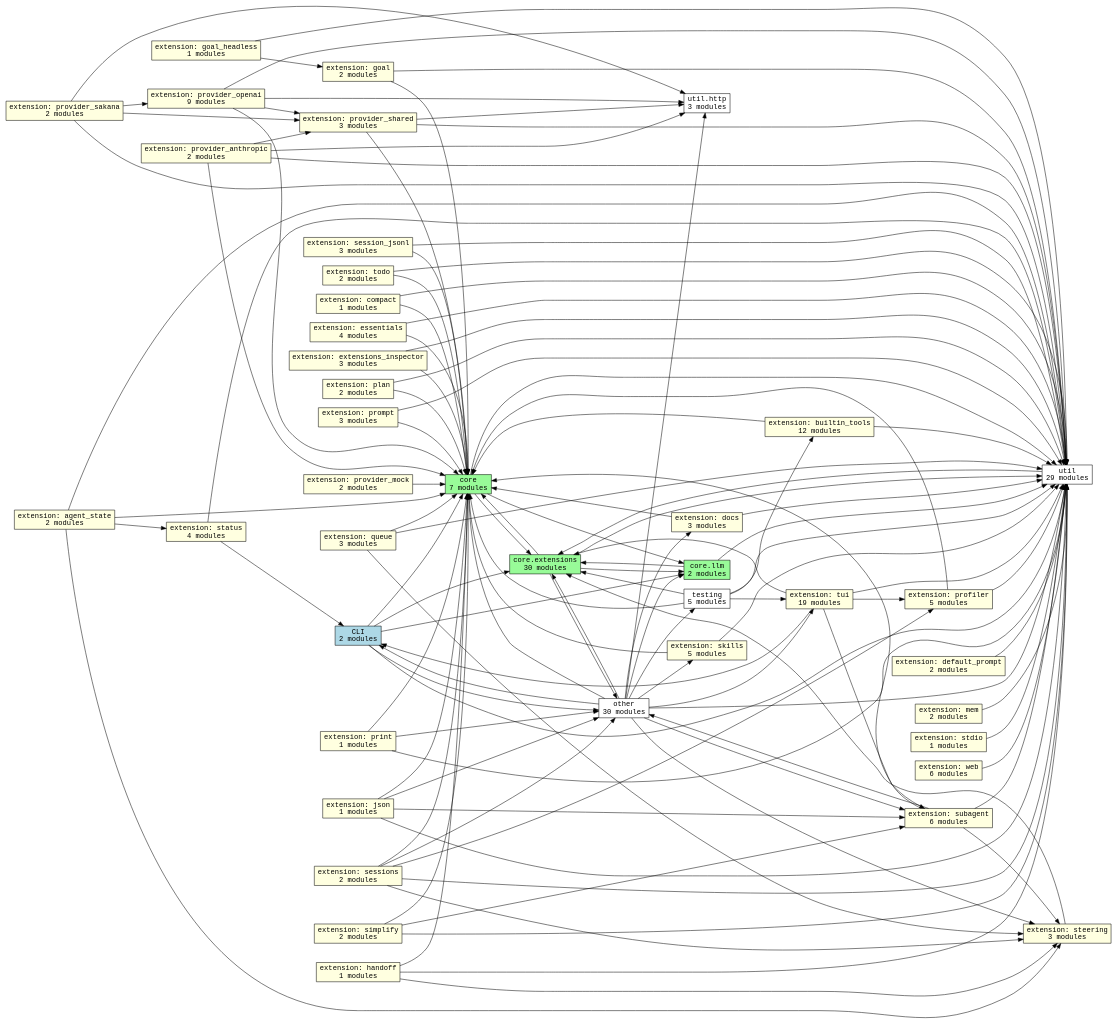
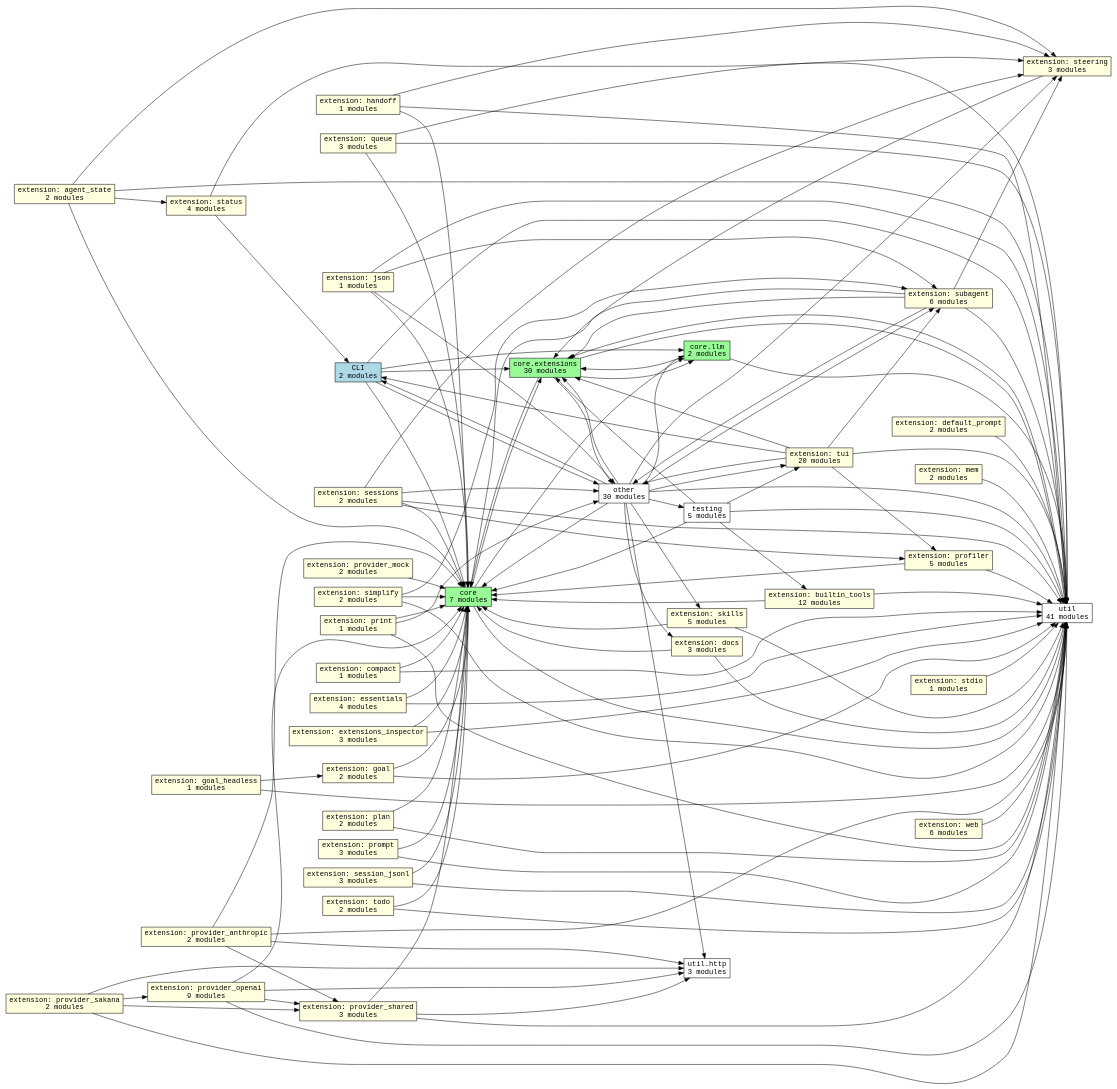
One commit to acmiyaguchi/fen changed the diagram in docs/graphs/subsystems.dot. Above: the diagram before and after it, drawn with Graphviz. The commit also changed 31 other files, not shown here.

```diff
--- a/docs/graphs/subsystems.dot
+++ b/docs/graphs/subsystems.dot
@@ -1,161 +1,163 @@
 digraph fen_subsystems {
   graph [rankdir=LR];
   node [shape=box, fontname="monospace"];
   edge [fontname="monospace"];
   "cli" [fillcolor="lightblue", label="CLI\n2 modules", style="filled"];
   "core" [fillcolor="palegreen", label="core\n7 modules", style="filled"];
   "core.extensions" [fillcolor="palegreen", label="core.extensions\n30 modules", style="filled"];
   "core.llm" [fillcolor="palegreen", label="core.llm\n2 modules", style="filled"];
   "extension.agent_state" [fillcolor="lightyellow", label="extension: agent_state\n2 modules", style="filled"];
   "extension.builtin_tools" [fillcolor="lightyellow", label="extension: builtin_tools\n12 modules", style="filled"];
   "extension.compact" [fillcolor="lightyellow", label="extension: compact\n1 modules", style="filled"];
   "extension.default_prompt" [fillcolor="lightyellow", label="extension: default_prompt\n2 modules", style="filled"];
   "extension.docs" [fillcolor="lightyellow", label="extension: docs\n3 modules", style="filled"];
   "extension.essentials" [fillcolor="lightyellow", label="extension: essentials\n4 modules", style="filled"];
   "extension.extensions_inspector" [fillcolor="lightyellow", label="extension: extensions_inspector\n3 modules", style="filled"];
   "extension.goal" [fillcolor="lightyellow", label="extension: goal\n2 modules", style="filled"];
   "extension.goal_headless" [fillcolor="lightyellow", label="extension: goal_headless\n1 modules", style="filled"];
   "extension.handoff" [fillcolor="lightyellow", label="extension: handoff\n1 modules", style="filled"];
   "extension.json" [fillcolor="lightyellow", label="extension: json\n1 modules", style="filled"];
   "extension.mem" [fillcolor="lightyellow", label="extension: mem\n2 modules", style="filled"];
   "extension.plan" [fillcolor="lightyellow", label="extension: plan\n2 modules", style="filled"];
   "extension.print" [fillcolor="lightyellow", label="extension: print\n1 modules", style="filled"];
   "extension.profiler" [fillcolor="lightyellow", label="extension: profiler\n5 modules", style="filled"];
   "extension.prompt" [fillcolor="lightyellow", label="extension: prompt\n3 modules", style="filled"];
   "extension.provider_anthropic" [fillcolor="lightyellow", label="extension: provider_anthropic\n2 modules", style="filled"];
   "extension.provider_mock" [fillcolor="lightyellow", label="extension: provider_mock\n2 modules", style="filled"];
   "extension.provider_openai" [fillcolor="lightyellow", label="extension: provider_openai\n9 modules", style="filled"];
   "extension.provider_sakana" [fillcolor="lightyellow", label="extension: provider_sakana\n2 modules", style="filled"];
   "extension.provider_shared" [fillcolor="lightyellow", label="extension: provider_shared\n3 modules", style="filled"];
   "extension.queue" [fillcolor="lightyellow", label="extension: queue\n3 modules", style="filled"];
   "extension.session_jsonl" [fillcolor="lightyellow", label="extension: session_jsonl\n3 modules", style="filled"];
   "extension.sessions" [fillcolor="lightyellow", label="extension: sessions\n2 modules", style="filled"];
   "extension.simplify" [fillcolor="lightyellow", label="extension: simplify\n2 modules", style="filled"];
   "extension.skills" [fillcolor="lightyellow", label="extension: skills\n5 modules", style="filled"];
   "extension.status" [fillcolor="lightyellow", label="extension: status\n4 modules", style="filled"];
   "extension.stdio" [fillcolor="lightyellow", label="extension: stdio\n1 modules", style="filled"];
   "extension.steering" [fillcolor="lightyellow", label="extension: steering\n3 modules", style="filled"];
   "extension.subagent" [fillcolor="lightyellow", label="extension: subagent\n6 modules", style="filled"];
   "extension.todo" [fillcolor="lightyellow", label="extension: todo\n2 modules", style="filled"];
-  "extension.tui" [fillcolor="lightyellow", label="extension: tui\n19 modules", style="filled"];
+  "extension.tui" [fillcolor="lightyellow", label="extension: tui\n20 modules", style="filled"];
   "extension.web" [fillcolor="lightyellow", label="extension: web\n6 modules", style="filled"];
   "other" [fillcolor="white", label="other\n30 modules", style="filled"];
   "testing" [fillcolor="white", label="testing\n5 modules", style="filled"];
-  "util" [fillcolor="white", label="util\n29 modules", style="filled"];
+  "util" [fillcolor="white", label="util\n41 modules", style="filled"];
   "util.http" [fillcolor="white", label="util.http\n3 modules", style="filled"];
   "cli" -> "core";
   "cli" -> "core.extensions";
   "cli" -> "core.llm";
   "cli" -> "other";
   "cli" -> "util";
   "core" -> "core.extensions";
   "core" -> "core.llm";
   "core" -> "util";
   "core.extensions" -> "core";
   "core.extensions" -> "core.llm";
   "core.extensions" -> "other";
   "core.extensions" -> "util";
   "core.llm" -> "core.extensions";
   "core.llm" -> "util";
   "extension.agent_state" -> "core";
   "extension.agent_state" -> "extension.status";
   "extension.agent_state" -> "extension.steering";
   "extension.agent_state" -> "util";
   "extension.builtin_tools" -> "core";
   "extension.builtin_tools" -> "util";
   "extension.compact" -> "core";
   "extension.compact" -> "util";
   "extension.default_prompt" -> "util";
   "extension.docs" -> "core";
   "extension.docs" -> "util";
   "extension.essentials" -> "core";
   "extension.essentials" -> "util";
   "extension.extensions_inspector" -> "core";
   "extension.extensions_inspector" -> "util";
   "extension.goal" -> "core";
   "extension.goal" -> "util";
   "extension.goal_headless" -> "extension.goal";
   "extension.goal_headless" -> "util";
   "extension.handoff" -> "core";
   "extension.handoff" -> "extension.steering";
   "extension.handoff" -> "util";
   "extension.json" -> "core";
   "extension.json" -> "extension.subagent";
   "extension.json" -> "other";
   "extension.json" -> "util";
   "extension.mem" -> "util";
   "extension.plan" -> "core";
   "extension.plan" -> "util";
   "extension.print" -> "core";
   "extension.print" -> "other";
   "extension.print" -> "util";
   "extension.profiler" -> "core";
   "extension.profiler" -> "util";
   "extension.prompt" -> "core";
   "extension.prompt" -> "util";
   "extension.provider_anthropic" -> "core";
   "extension.provider_anthropic" -> "extension.provider_shared";
   "extension.provider_anthropic" -> "util";
   "extension.provider_anthropic" -> "util.http";
   "extension.provider_mock" -> "core";
   "extension.provider_openai" -> "core";
   "extension.provider_openai" -> "extension.provider_shared";
   "extension.provider_openai" -> "util";
   "extension.provider_openai" -> "util.http";
   "extension.provider_sakana" -> "extension.provider_openai";
   "extension.provider_sakana" -> "extension.provider_shared";
   "extension.provider_sakana" -> "util";
   "extension.provider_sakana" -> "util.http";
   "extension.provider_shared" -> "core";
   "extension.provider_shared" -> "util";
   "extension.provider_shared" -> "util.http";
   "extension.queue" -> "core";
   "extension.queue" -> "extension.steering";
   "extension.queue" -> "util";
   "extension.session_jsonl" -> "core";
   "extension.session_jsonl" -> "util";
   "extension.sessions" -> "core";
   "extension.sessions" -> "extension.profiler";
   "extension.sessions" -> "extension.steering";
   "extension.sessions" -> "other";
   "extension.sessions" -> "util";
   "extension.simplify" -> "core";
   "extension.simplify" -> "extension.subagent";
   "extension.simplify" -> "util";
   "extension.skills" -> "core";
   "extension.skills" -> "util";
   "extension.status" -> "cli";
   "extension.status" -> "util";
   "extension.stdio" -> "util";
   "extension.steering" -> "core.extensions";
   "extension.subagent" -> "core";
+  "extension.subagent" -> "core.extensions";
   "extension.subagent" -> "extension.steering";
   "extension.subagent" -> "other";
   "extension.subagent" -> "util";
   "extension.todo" -> "core";
   "extension.todo" -> "util";
   "extension.tui" -> "cli";
   "extension.tui" -> "core.extensions";
   "extension.tui" -> "extension.profiler";
   "extension.tui" -> "extension.subagent";
+  "extension.tui" -> "other";
   "extension.tui" -> "util";
   "extension.web" -> "util";
   "other" -> "cli";
   "other" -> "core";
   "other" -> "core.extensions";
   "other" -> "core.llm";
   "other" -> "extension.docs";
   "other" -> "extension.skills";
   "other" -> "extension.steering";
   "other" -> "extension.subagent";
   "other" -> "extension.tui";
   "other" -> "testing";
   "other" -> "util";
   "other" -> "util.http";
   "testing" -> "core";
   "testing" -> "core.extensions";
   "testing" -> "extension.builtin_tools";
   "testing" -> "extension.tui";
   "testing" -> "util";
   "util" -> "core.extensions";
 }
```
